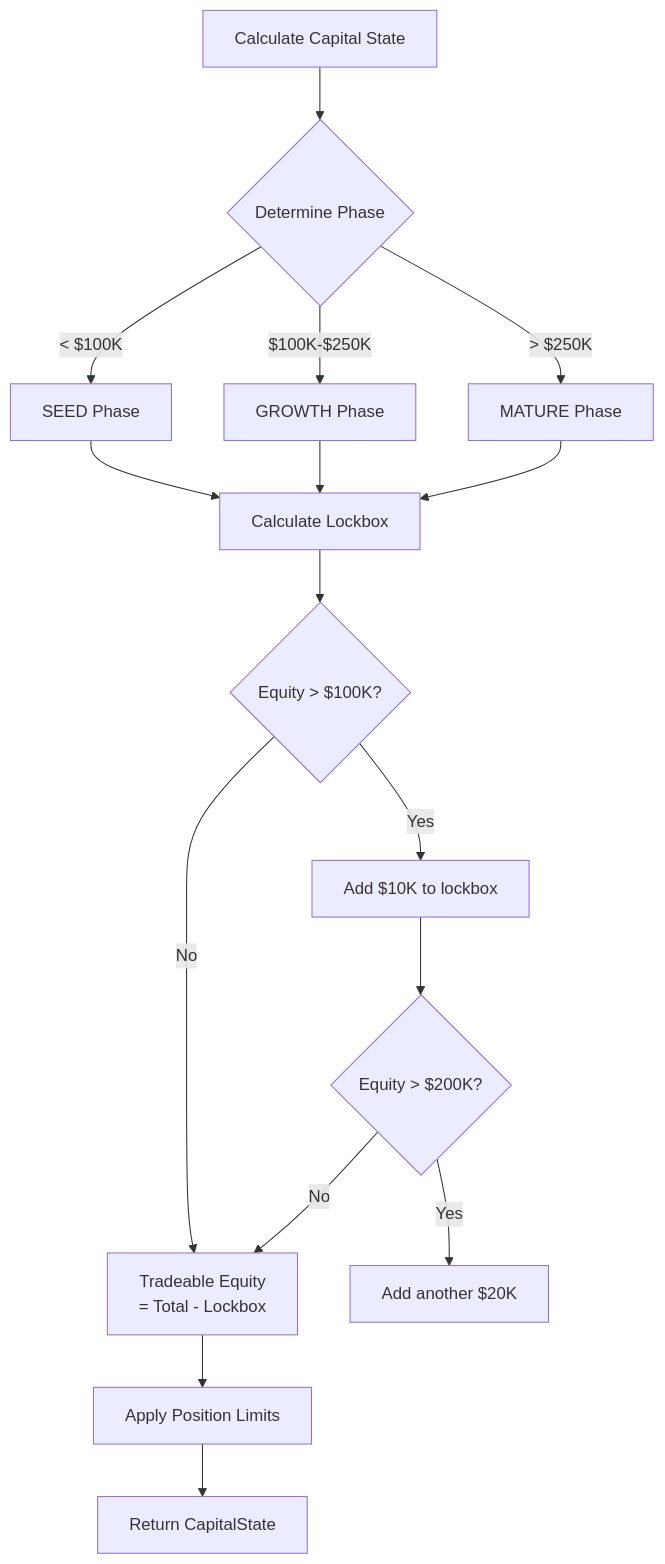
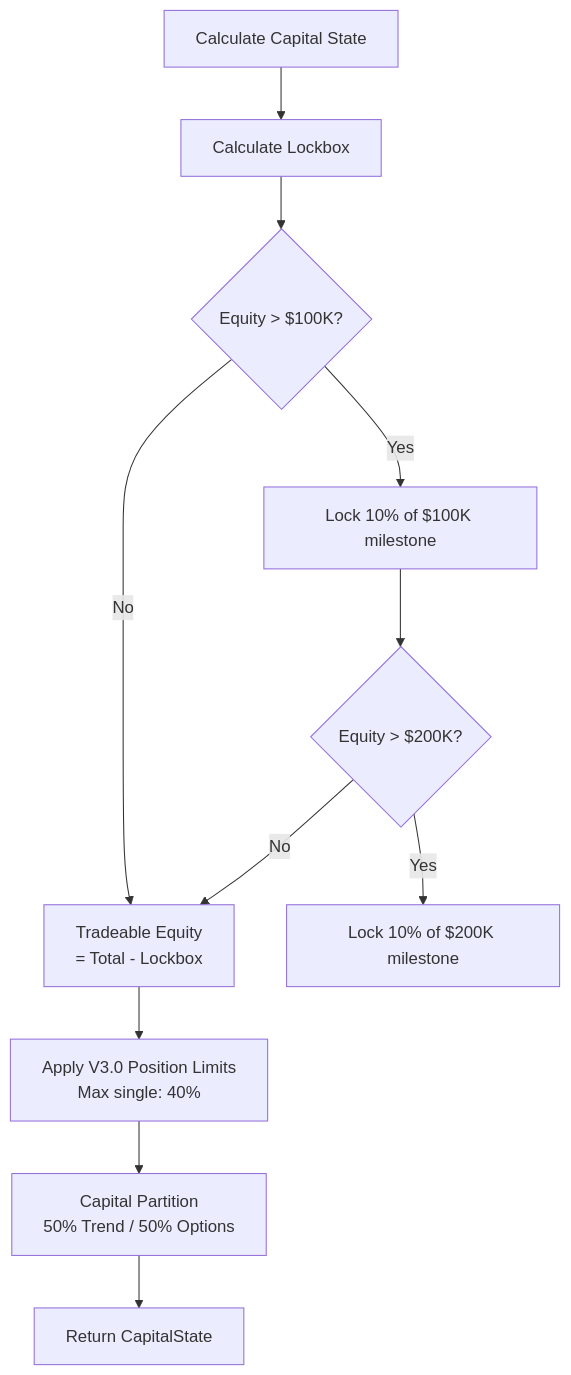
One commit to vickdavinci/alpha-nextgen-v2-private changed the third of 13 diagrams in docs/system/ENGINE_LOGIC_REFERENCE.md. Above: the diagram before and after it, drawn with Mermaid. The commit also changed other lines of this file and 17 other files, not shown here.

````diff
--- a/docs/system/ENGINE_LOGIC_REFERENCE.md
+++ b/docs/system/ENGINE_LOGIC_REFERENCE.md
@@ -170,23 +169,16 @@
 ```mermaid
 flowchart TD
-    START[Calculate Capital State] --> PHASE{Determine Phase}
-
-    PHASE -->|< $100K| SEED[SEED Phase]
-    PHASE -->|$100K-$250K| GROWTH[GROWTH Phase]
-    PHASE -->|> $250K| MATURE[MATURE Phase]
-
-    SEED --> LOCKBOX[Calculate Lockbox]
-    GROWTH --> LOCKBOX
-    MATURE --> LOCKBOX
+    START[Calculate Capital State] --> LOCKBOX[Calculate Lockbox]
 
     LOCKBOX --> LB1{Equity > $100K?}
-    LB1 -->|Yes| ADD1[Add $10K to lockbox]
+    LB1 -->|Yes| ADD1[Lock 10% of $100K milestone]
     LB1 -->|No| TE
     ADD1 --> LB2{Equity > $200K?}
-    LB2 -->|Yes| ADD2[Add another $20K]
+    LB2 -->|Yes| ADD2[Lock 10% of $200K milestone]
     LB2 -->|No| TE
 
-    TE[Tradeable Equity<br/>= Total - Lockbox] --> LIMITS[Apply Position Limits]
+    TE[Tradeable Equity<br/>= Total - Lockbox] --> LIMITS[Apply V3.0 Position Limits<br/>Max single: 40%]
 
-    LIMITS --> RETURN[Return CapitalState]
+    LIMITS --> PARTITION[Capital Partition<br/>50% Trend / 50% Options]
+    PARTITION --> RETURN[Return CapitalState]
 ```
````
